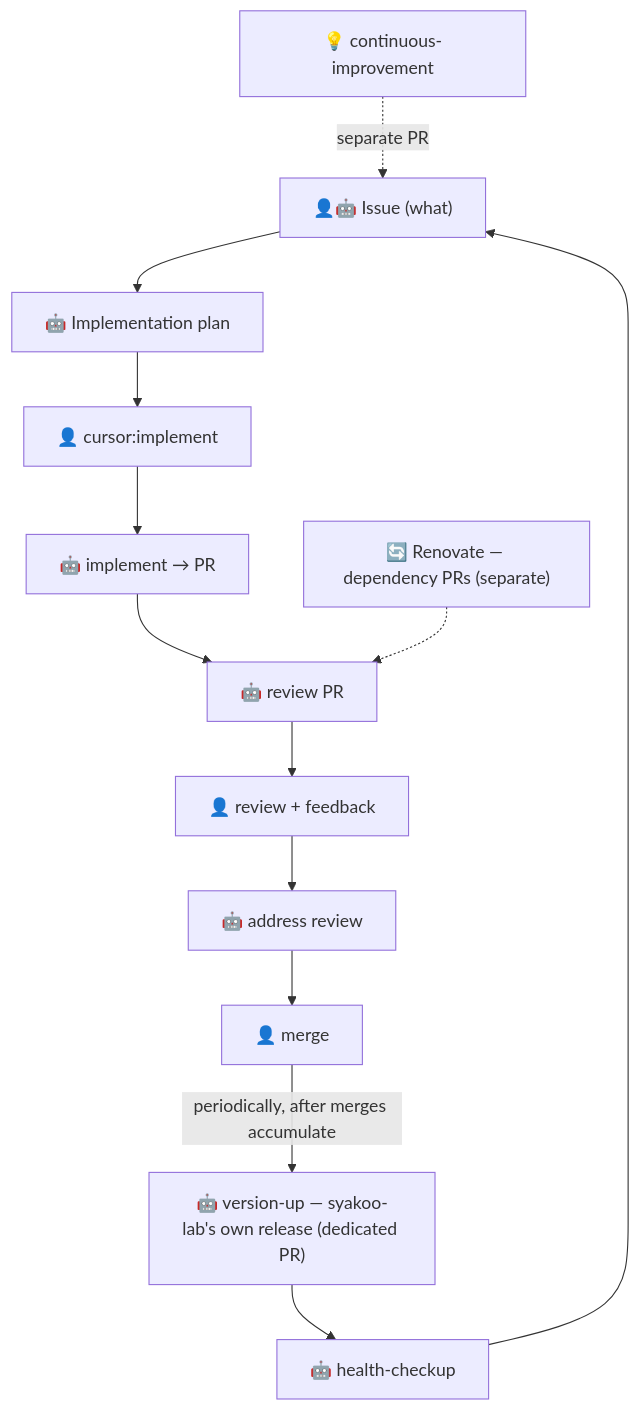
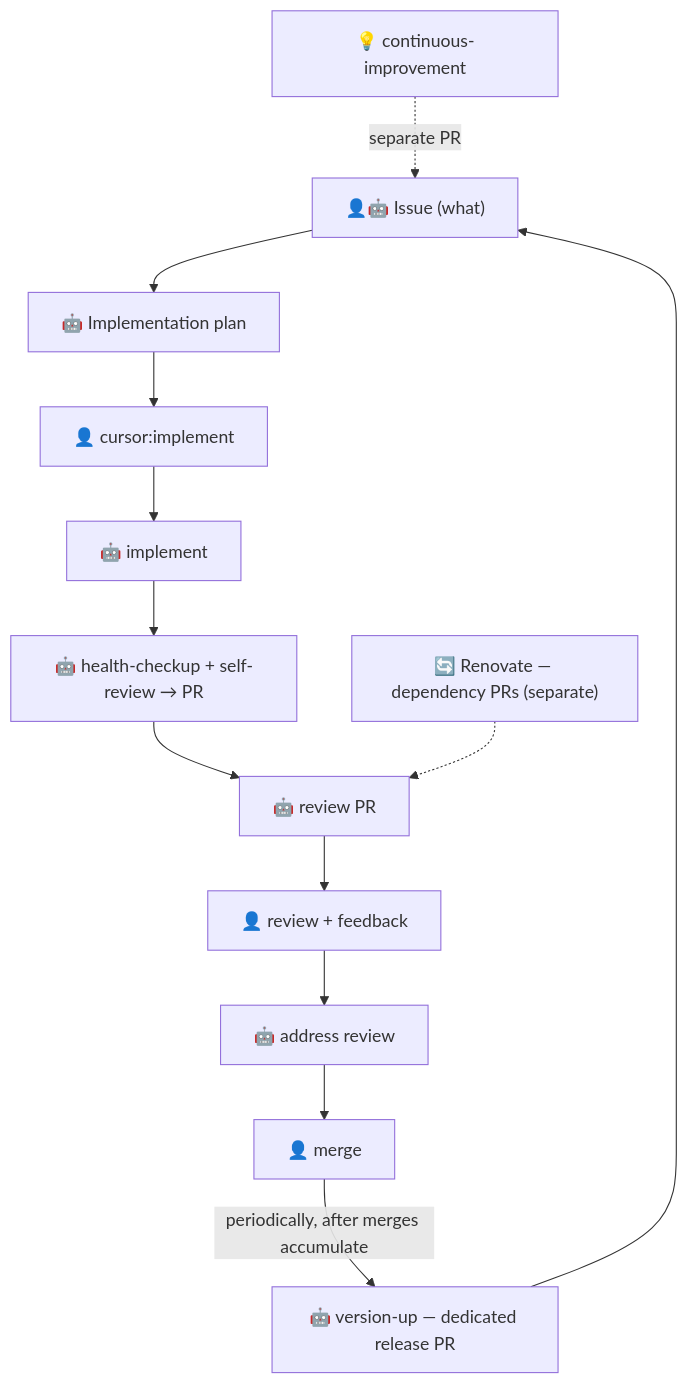
One commit to syakoo/syakoo-lab changed the diagram in .cursor/rules/ai-workflow.mdc. Above: the diagram before and after it, drawn with Mermaid. The commit also changed other lines of this file and 5 other files, not shown here.

First line of the commit message:
docs: require health-checkup before every PR (prefer subagent)

````diff
--- a/.cursor/rules/ai-workflow.mdc
+++ b/.cursor/rules/ai-workflow.mdc
@@ -21,15 +22,15 @@
 ```mermaid
 flowchart TD
   A["👤🤖 Issue (what)"] --> B["🤖 Implementation plan"]
   B --> C["👤 cursor:implement"]
-  C --> D["🤖 implement → PR"]
-  D --> E["🤖 review PR"]
-  E --> F["👤 review + feedback"]
-  F --> G["🤖 address review"]
-  G --> H["👤 merge"]
-  H -->|periodically, after merges accumulate| I["🤖 version-up — syakoo-lab's own release (dedicated PR)"]
-  I --> J["🤖 health-checkup"]
+  C --> D["🤖 implement"]
+  D --> E["🤖 health-checkup + self-review → PR"]
+  E --> F["🤖 review PR"]
+  F --> G["👤 review + feedback"]
+  G --> H["🤖 address review"]
+  H --> I["👤 merge"]
+  I -->|periodically, after merges accumulate| J["🤖 version-up — dedicated release PR"]
   J --> A
   L["💡 continuous-improvement"] -.separate PR.-> A
-  R["🔄 Renovate — dependency PRs (separate)"] -.-> E
+  R["🔄 Renovate — dependency PRs (separate)"] -.-> F
 ```
````
